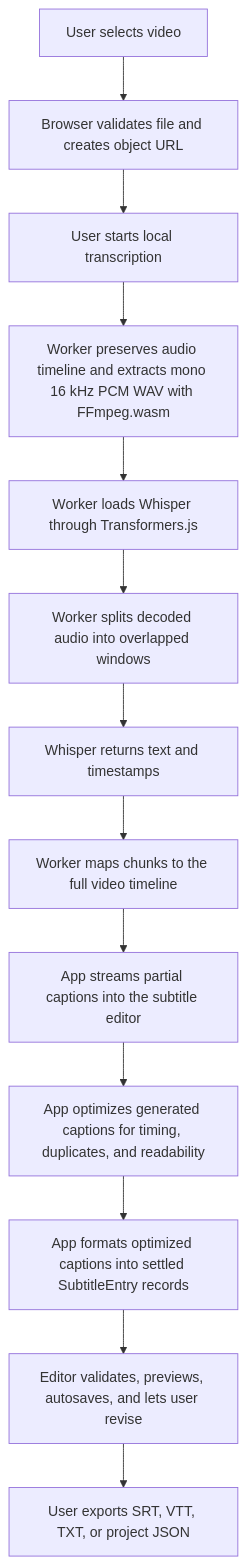
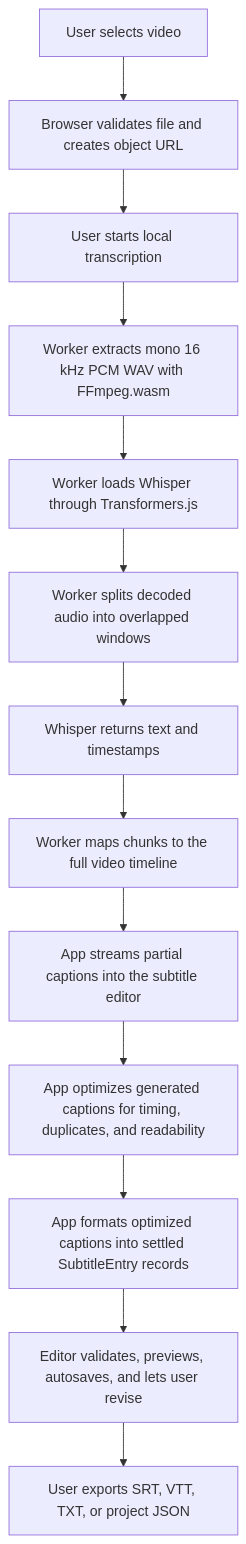
Before and after one commit to zxyandreay/auto-subtitle: diagram 17 of 17 in docs/project-state.md, drawn with Mermaid. The commit also changed other lines of this file and 8 other files, not shown here.

````diff
--- a/docs/project-state.md
+++ b/docs/project-state.md
@@ -1281,15 +1249,15 @@
 ```mermaid
 flowchart TD
     A["User selects video"] --> B["Browser validates file and creates object URL"]
     B --> C["User starts local transcription"]
-    C --> D["Worker preserves audio timeline and extracts mono 16 kHz PCM WAV with FFmpeg.wasm"]
+    C --> D["Worker extracts mono 16 kHz PCM WAV with FFmpeg.wasm"]
     D --> E["Worker loads Whisper through Transformers.js"]
     E --> F["Worker splits decoded audio into overlapped windows"]
     F --> G["Whisper returns text and timestamps"]
     G --> H["Worker maps chunks to the full video timeline"]
     H --> P["App streams partial captions into the subtitle editor"]
     P --> I["App optimizes generated captions for timing, duplicates, and readability"]
     I --> L["App formats optimized captions into settled SubtitleEntry records"]
     L --> J["Editor validates, previews, autosaves, and lets user revise"]
     J --> K["User exports SRT, VTT, TXT, or project JSON"]
 ```
````
